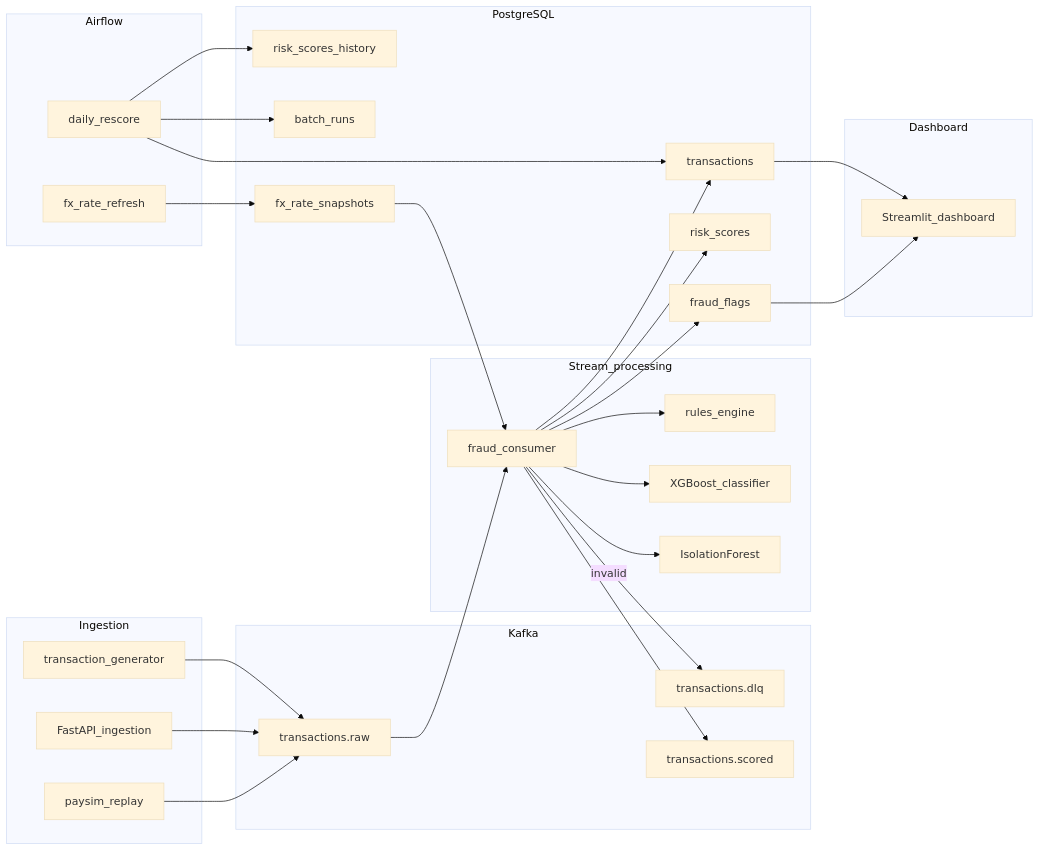
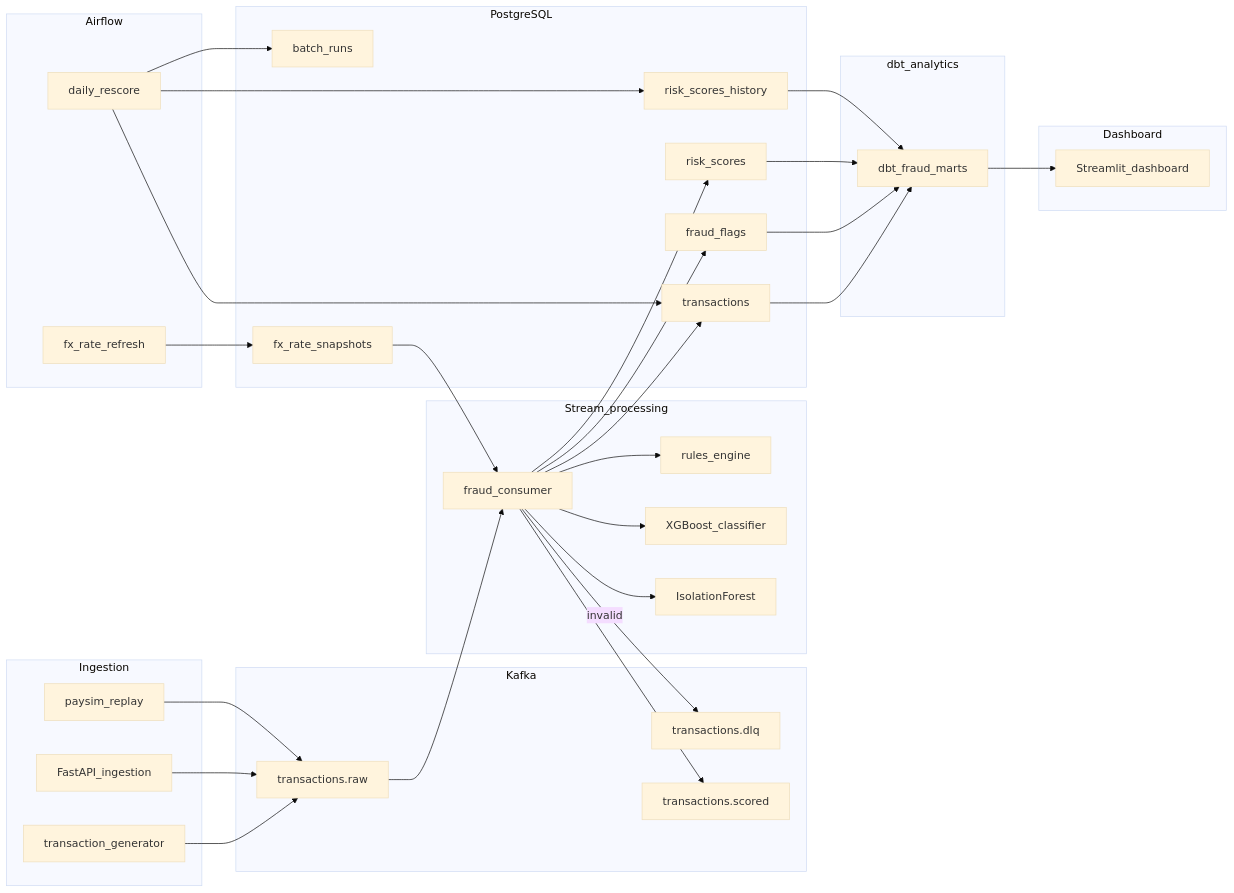
The diagram in README.md (mnaufaldr01/real-time-fraud-detection), drawn with Mermaid (base theme) before and after one commit. The commit also changed other lines of this file and 1 other file, not shown here.

````diff
--- a/README.md
+++ b/README.md
@@ -5,53 +5,59 @@
 ```mermaid
 flowchart LR
   subgraph ingest [Ingestion]
     Gen[transaction_generator]
     API[FastAPI_ingestion]
     PaySim[paysim_replay]
   end
   subgraph kafka [Kafka]
     Raw[transactions.raw]
     DLQ[transactions.dlq]
     Scored[transactions.scored]
   end
   subgraph stream [Stream_processing]
     Consumer[fraud_consumer]
     Rules[rules_engine]
     XGB[XGBoost_classifier]
     IF[IsolationForest]
   end
   subgraph store [PostgreSQL]
     Txn[transactions]
     Risk[risk_scores]
     Flags[fraud_flags]
     Hist[risk_scores_history]
     Runs[batch_runs]
     FX[fx_rate_snapshots]
   end
   subgraph batch [Airflow]
     Rescore[daily_rescore]
     FxDAG[fx_rate_refresh]
   end
+  subgraph analytics [dbt_analytics]
+    dbt[dbt_fraud_marts]
+  end
   subgraph ui [Dashboard]
     Dash[Streamlit_dashboard]
   end
   Gen --> Raw
   API --> Raw
   PaySim --> Raw
   Raw --> Consumer
   Consumer -->|invalid| DLQ
   Consumer --> Rules
   Consumer --> XGB
   Consumer --> IF
   Consumer --> Scored
   Consumer --> Txn
   Consumer --> Risk
   Consumer --> Flags
   FxDAG --> FX
   FX --> Consumer
   Rescore --> Txn
   Rescore --> Hist
   Rescore --> Runs
-  Txn --> Dash
-  Flags --> Dash
+  Txn --> dbt
+  Flags --> dbt
+  Risk --> dbt
+  Hist --> dbt
+  dbt --> Dash
 ```
````
